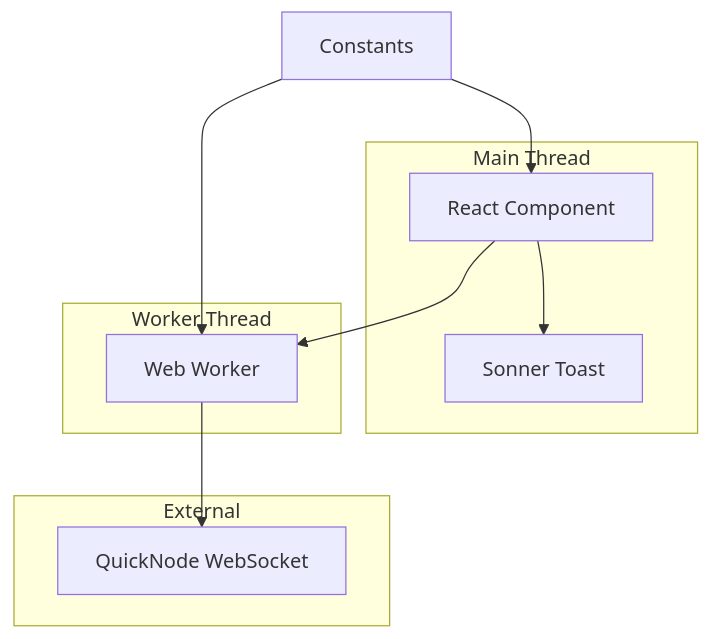
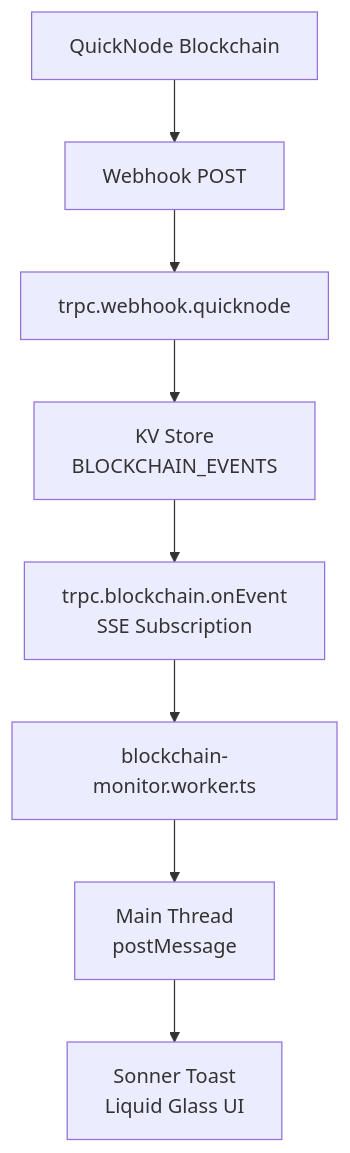
The first of 4 diagrams in .kiro/specs/webhook-webworker/design.md (doom-protocol/doom-index), drawn with Mermaid before and after one commit. The commit also changed other lines of this file and 13 other files, not shown here.

First line of the commit message:
feat: Implement blockchain event monitoring with Web Worker and GLB export functionality

````diff
--- a/.kiro/specs/webhook-webworker/design.md
+++ b/.kiro/specs/webhook-webworker/design.md
@@ -29,21 +38,10 @@
 ```mermaid
 graph TB
-    A[React Component] --> B[Web Worker]
-    B --> C[QuickNode WebSocket]
-    A --> D[Sonner Toast]
-    E[Constants] --> A
-    E --> B
-
-    subgraph "Main Thread"
-        A
-        D
-    end
-
-    subgraph "Worker Thread"
-        B
-    end
-
-    subgraph "External"
-        C
-    end
+    QN[QuickNode Blockchain] --> WH[Webhook POST]
+    WH --> TRPC[trpc.webhook.quicknode]
+    TRPC --> KV[KV Store<br/>BLOCKCHAIN_EVENTS]
+    KV --> SUB[trpc.blockchain.onEvent<br/>SSE Subscription]
+    SUB --> WW[blockchain-monitor.worker.ts]
+    WW --> MT[Main Thread<br/>postMessage]
+    MT --> SON[Sonner Toast<br/>Liquid Glass UI]
 ```
````
